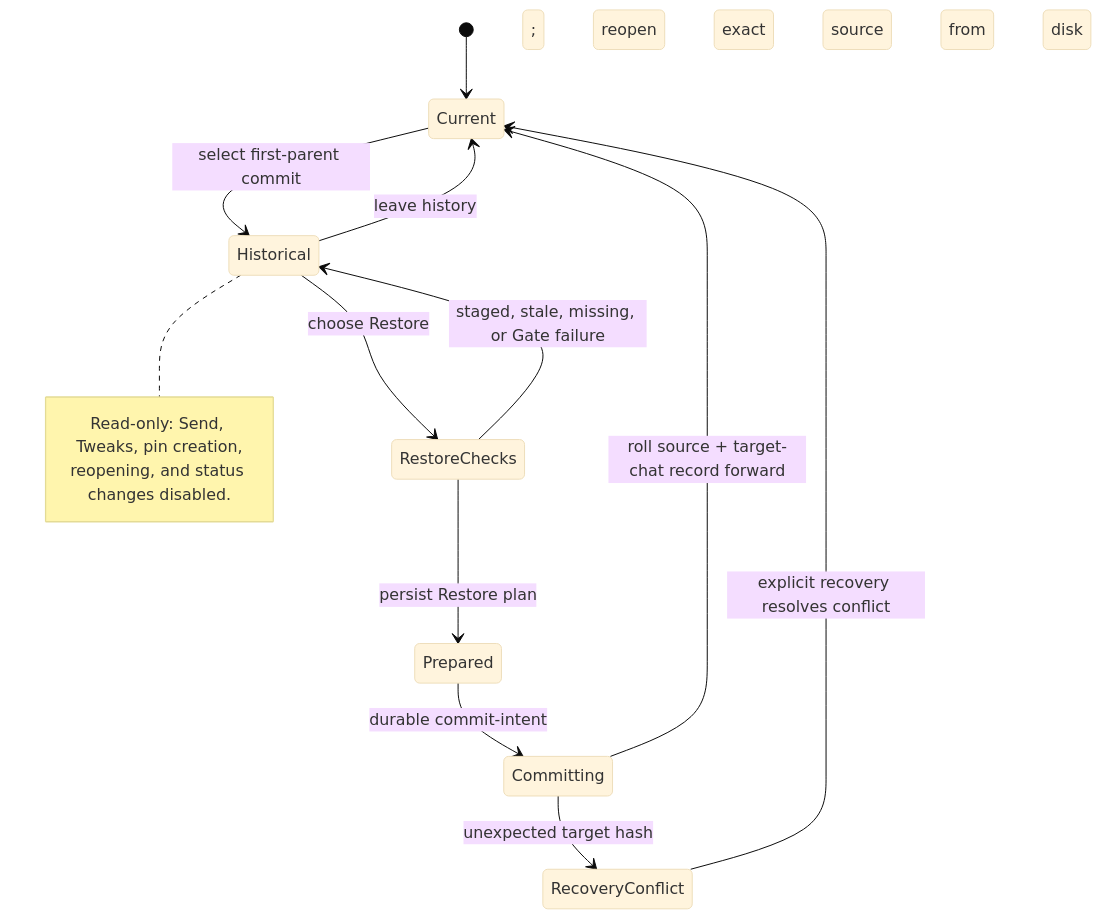
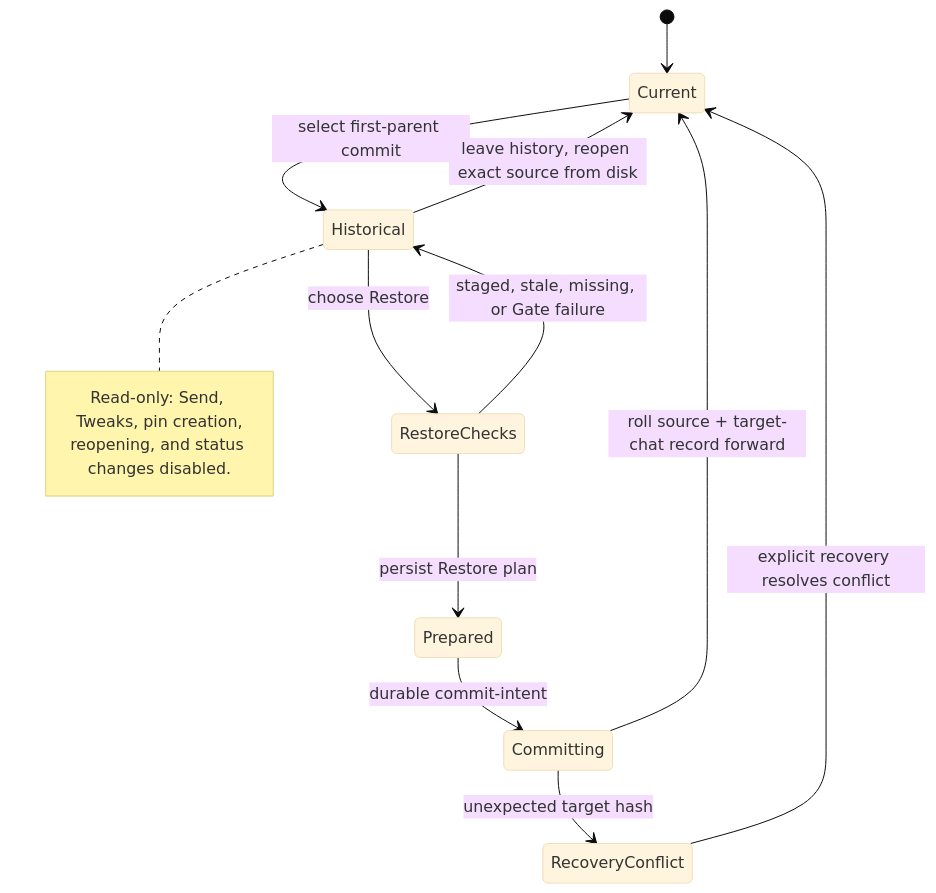
One commit to khmilevoi/termcraft changed the diagram in docs/architecture/flows/versions.md. Above: the diagram before and after it, drawn with Mermaid (base theme). The commit also changed 4 other files, not shown here.

First line of the commit message:
docs(architecture): resolve source-tree convention audit findings

````diff
--- a/docs/architecture/flows/versions.md
+++ b/docs/architecture/flows/versions.md
@@ -6,17 +6,17 @@
 ```mermaid
 stateDiagram-v2
     [*] --> Current
     Current --> Historical: select first-parent commit
-    Historical --> Current: leave history; reopen exact source from disk
+    Historical --> Current: leave history, reopen exact source from disk
     Historical --> RestoreChecks: choose Restore
     RestoreChecks --> Historical: staged, stale, missing, or Gate failure
     RestoreChecks --> Prepared: persist Restore plan
     Prepared --> Committing: durable commit-intent
     Committing --> Current: roll source + target-chat record forward
     Committing --> RecoveryConflict: unexpected target hash
     RecoveryConflict --> Current: explicit recovery resolves conflict
     note right of Historical
         Read-only: Send, Tweaks, pin creation,
         reopening, and status changes disabled.
     end note
 ```
````
